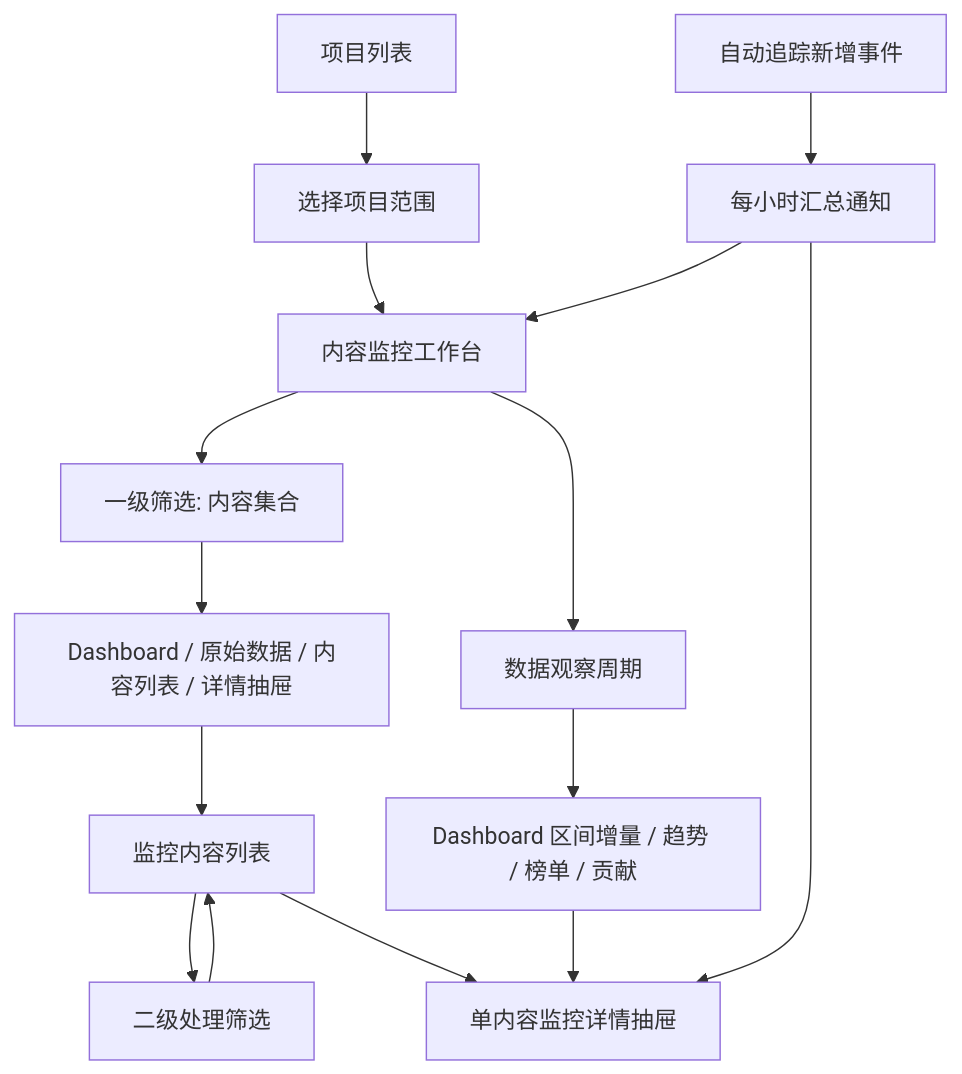
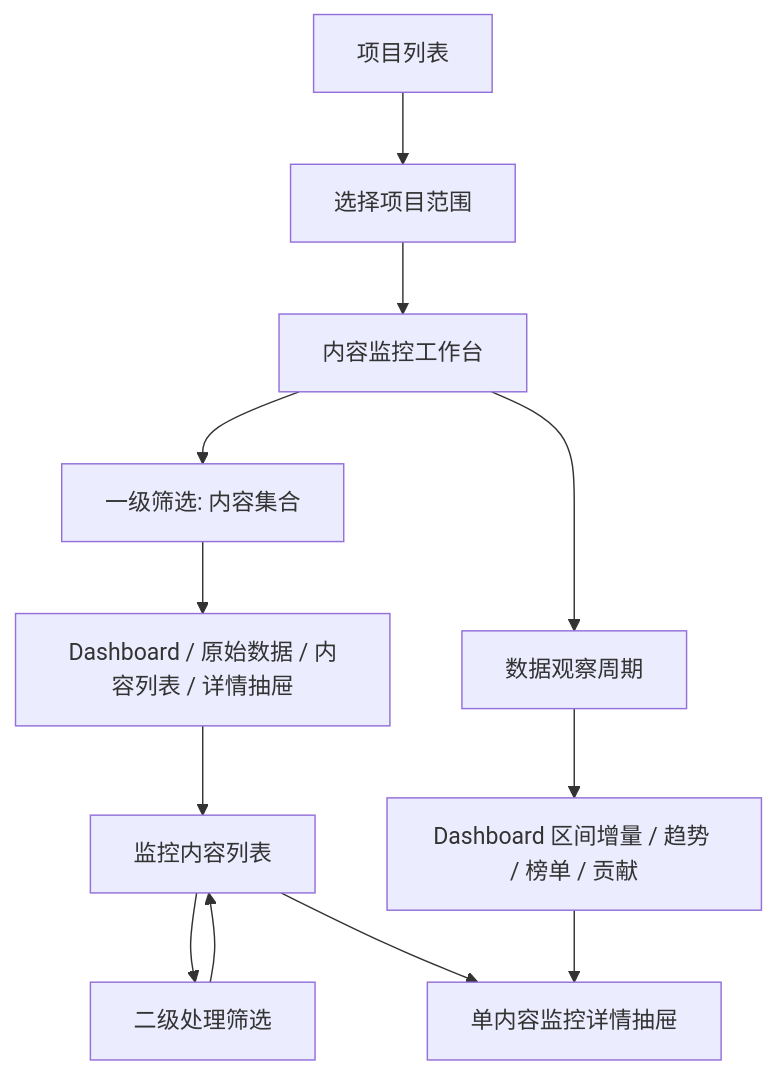
Before and after one commit to Kuangji/pm-dashboard: the diagram in public/content/docs/02-project-documents/monitor_761/prd_v1.md, drawn with Mermaid. The commit also changed other lines of this file and 14 other files, not shown here.

````diff
--- a/public/content/docs/02-project-documents/monitor_761/prd_v1.md
+++ b/public/content/docs/02-project-documents/monitor_761/prd_v1.md
@@ -354,17 +329,14 @@
 ```mermaid
 flowchart TD
   A["项目列表"] --> B["选择项目范围"]
   B --> C["内容监控工作台"]
   C --> D["一级筛选: 内容集合"]
   C --> E["数据观察周期"]
   D --> F["Dashboard / 原始数据 / 内容列表 / 详情抽屉"]
   E --> G["Dashboard 区间增量 / 趋势 / 榜单 / 贡献"]
   F --> H["监控内容列表"]
   H --> I["二级处理筛选"]
   I --> H
   H --> J["单内容监控详情抽屉"]
   G --> J
-  K["自动追踪新增事件"] --> L["每小时汇总通知"]
-  L --> C
-  L --> J
 ```
````
